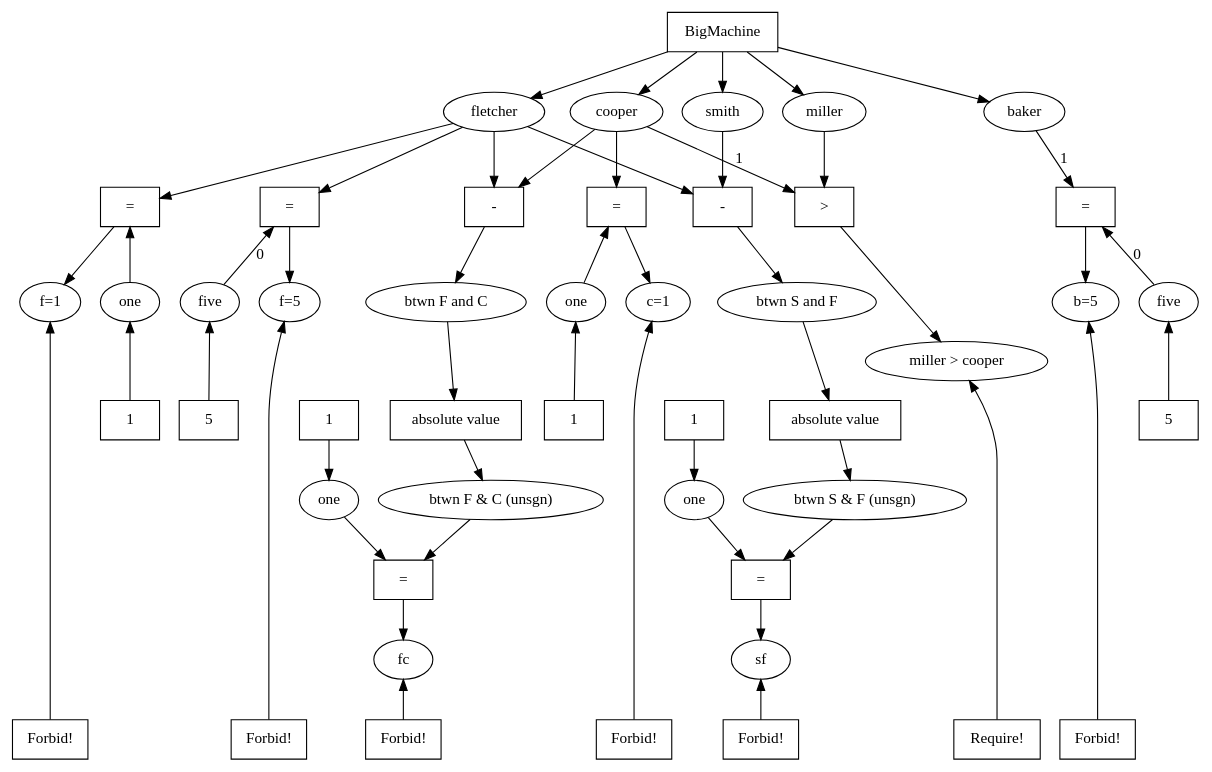
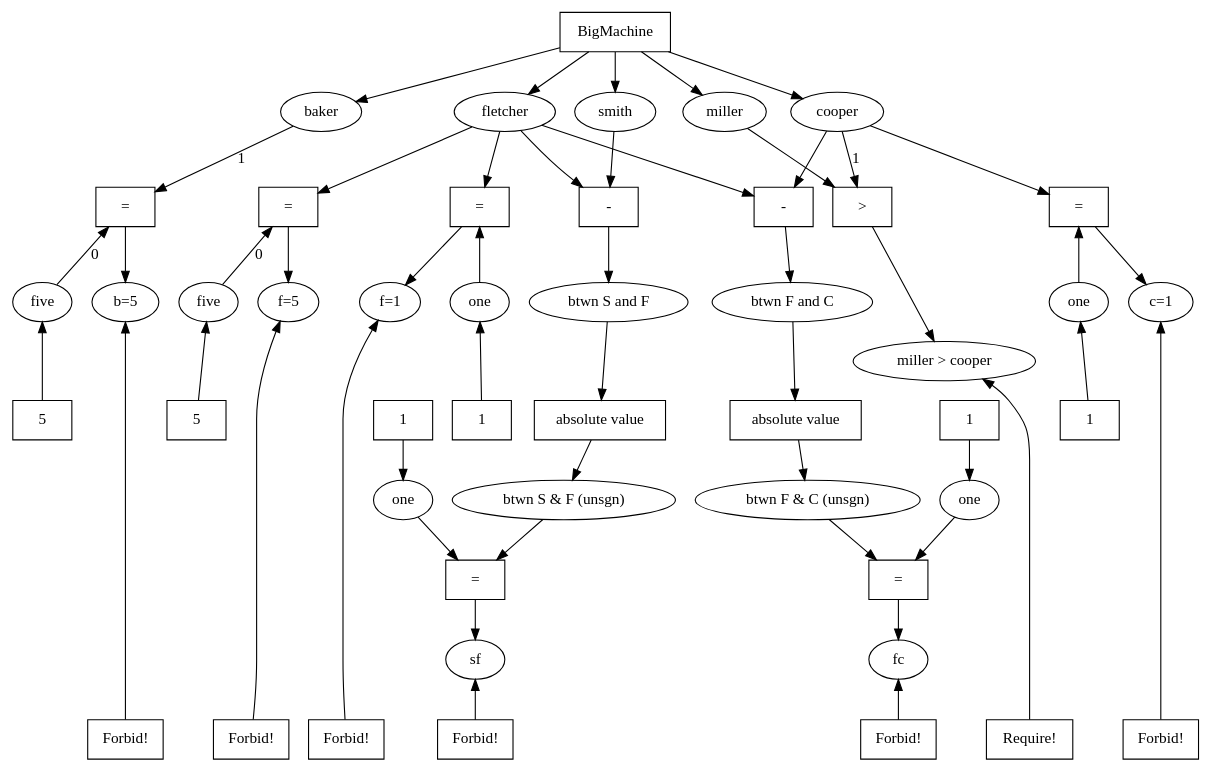
The diagram in explorations/graphics/mdonemachine.dot (ProjectMAC/propagators), drawn with Graphviz before and after one commit.

Commit message:
again a decent layout

```diff
--- a/explorations/graphics/mdonemachine.dot
+++ b/explorations/graphics/mdonemachine.dot
@@ -1,121 +1,121 @@
 digraph G {
   ratio=fill;
+  "(variable) 11" [label="baker", shape="ellipse", rank="people" ];
   "(variable) 15" [label="fletcher", shape="ellipse", rank="people" ];
   "(variable) 21" [label="smith", shape="ellipse", rank="people" ];
-  "(variable) 11" [label="baker", shape="ellipse", rank="people" ];
   "(variable) 19" [label="miller", shape="ellipse", rank="people" ];
   "(variable) 17" [label="cooper", shape="ellipse", rank="people" ];
 
 
   "(propagator) 12" [label="=", shape="box" ];
-   { rank=same; "(propagator) 12"; "(propagator) 34"; "(propagator) 37"; "(propagator) 14"; "(propagator) 18";  };
+   { rank=same; "(propagator) 12"; "(propagator) 14"; "(propagator) 18"; "(propagator) 34"; "(propagator) 37"; "(propagator) 16";  };
    { rank=same; "(variable) 130"; "(variable) 131"; "(variable) 238"; "(variable) 241" }; 
    { rank=same; "(propagator) 240"; "(propagator) 241"; "(propagator) 401"; "(propagator) 402"; "(propagator) 403"; };
 
   "(propagator) 240" [label="5", shape="box" ];
   "(variable) 130" -> "(propagator) 240" [label="", dir=back, ];
   "(variable) 130" [label="five", shape="ellipse" ];
   "(propagator) 241" [label="5", shape="box" ];
   "(variable) 131" -> "(propagator) 241" [label="", dir=back, ];
   "(variable) 131" [label="five", shape="ellipse" ];
 
   "(variable) 130" -> "(propagator) 12" [label=0 ];
   "(variable) 131" -> "(propagator) 14" [label=0 ];
 
   "(propagator) 18" [label=">", shape="box" ];
   "(variable) 19" -> "(propagator) 18" [label="" ];
   "(variable) 17" -> "(propagator) 18" [label=1 ];
   "(propagator) 18" -> "(variable) 145" [label="" ];
   "(variable) 145" [label="miller > cooper", shape="ellipse" ];
   "(propagator) 146" [label="Require!", shape="box" ];
   "(propagator) 146" -> "(variable) 145" [label="" ];
 
 
 
   "(propagator) 14" [label="=", shape="box" ];
   "(variable) 15" -> "(propagator) 14" [label="" ];
   "(propagator) 16" [label="-", shape="box" ];
   "(variable) 15" -> "(propagator) 16" [label="" ];
   "(variable) 17" -> "(propagator) 16" [label="" ];
    { rank=same; "(variable) 11"; "(variable) 15"; "(variable) 17"; "(variable) 19"; "(variable) 21" }; 
   "(propagator) 22" [label="-", shape="box" ];
   "(variable) 21" -> "(propagator) 22" [label="" ];
   "(variable) 15" -> "(propagator) 22" [label="" ];
   "(propagator) 22" -> "(variable) 23" [label="" ];
   "(variable) 23" [label="btwn S and F", shape="ellipse" ];
   "(propagator) 24" [label="absolute value", shape="box" ];
   "(variable) 23" -> "(propagator) 24" [label="" ];
   "(propagator) 24" -> "(variable) 25" [label="" ];
   "(variable) 25" [label="btwn S & F (unsgn)", shape="ellipse" ];
   "(propagator) 26" [label="=", shape="box" ];
   "(variable) 207" -> "(propagator) 26" [label="" ];
    { rank=same; "(variable) 209"; "(variable) 210"; "(variable) 35"; "(variable) 38" }; 
 
   "(propagator) 400" [label="1", shape="box" ];
   "(propagator) 400" -> "(variable) 207" [label="" ];
   "(variable) 207" [label="one", shape="ellipse" ];
   "(propagator) 401" [label="1", shape="box" ];
   "(propagator) 401" -> "(variable) 208" [label="" ];
   "(variable) 208" [label="one", shape="ellipse" ];
   "(propagator) 402" [label="1", shape="box" ];
    "(variable) 209" -> "(propagator) 402" [label="", dir=back, ];
   "(variable) 209" [label="one", shape="ellipse" ];
   "(propagator) 403" [label="1", shape="box" ];
   "(variable) 210" -> "(propagator) 403"  [label="", dir=back ];
   "(variable) 210" [label="one", shape="ellipse" ];
 
   "(propagator) 28" [label="=", shape="box" ];
   "(variable) 208" -> "(propagator) 28" [label="" ];
   "(variable) 29" -> "(propagator) 28" [label="" ];
   "(variable) 29" [label="btwn F & C (unsgn)", shape="ellipse" ];
   "(propagator) 30" [label="absolute value", shape="box" ];
   "(variable) 31" -> "(propagator) 30" [label="" ];
   "(variable) 31" [label="btwn F and C", shape="ellipse" ];
   "(propagator) 30" -> "(variable) 29" [label="" ];
   "(propagator) 28" -> "(variable) 32" [label="" ];
   "(variable) 32" [label="fc", shape="ellipse" ];
    { rank=max; "(propagator) 33"; "(propagator) 36"; "(propagator) 39"; "(propagator) 42"; "(propagator) 146"; "(propagator) 239"; "(propagator) 242" };
   "(propagator) 33" [label="Forbid!", shape="box", rank="forbid" ];
   "(propagator) 33" -> "(variable) 32" [label="" ];
   "(variable) 15" -> "(propagator) 34" [label="" ];
 
 subgraph cluster_0 {
                 label = "f_one";	
   "(propagator) 34" [label="=", shape="box" ];
   "(variable) 209" -> "(propagator) 34" [label="" ];
   "(propagator) 34" -> "(variable) 35" [label="" ];
   "(variable) 35" [label="f=1", shape="ellipse" ];
   "(propagator) 36" [label="Forbid!", shape="box", rank="forbid" ];
   "(propagator) 36" -> "(variable) 35" [label="" ];
 	}
   "(propagator) 37" [label="=", shape="box" ];
   "(variable) 210" -> "(propagator) 37" [label="" ];
   "(variable) 17" -> "(propagator) 37" [label="" ];
   "(propagator) 37" -> "(variable) 38" [label="" ];
   "(variable) 38" [label="c=1", shape="ellipse" ];
   "(propagator) 39" [label="Forbid!", shape="box", rank="forbid" ];
   "(propagator) 39" -> "(variable) 38" [label="" ];
   "(variable) 25" -> "(propagator) 26" [label="" ];
   "(propagator) 26" -> "(variable) 41" [label="" ];
   "(variable) 41" [label="sf", shape="ellipse" ];
   "(propagator) 42" [label="Forbid!", shape="box", rank="forbid" ];
   "(propagator) 42" -> "(variable) 41" [label="" ];
 
   "(propagator) 57" [label="BigMachine", shape="box" ];
   "(propagator) 57" -> "(variable) 21" [label="" ];
   "(propagator) 57" -> "(variable) 19" [label="" ];
   "(propagator) 57" -> "(variable) 17" [label="" ];
   "(propagator) 57" -> "(variable) 15" [label="" ];
   "(propagator) 57" -> "(variable) 11" [label="" ];
 
   "(propagator) 16" -> "(variable) 31" [label="" ];
   "(propagator) 14" -> "(variable) 238" [label="" ];
   "(variable) 238" [label="f=5", shape="ellipse" ];
   "(propagator) 239" [label="Forbid!", shape="box", rank="forbid" ];
   "(propagator) 239" -> "(variable) 238" [label="" ];
   "(variable) 11" -> "(propagator) 12" [label=1 ];
   "(propagator) 12" -> "(variable) 241" [label="" ];
   "(variable) 241" [label="b=5", shape="ellipse" ];
   "(propagator) 242" [label="Forbid!", shape="box", rank="forbid" ];
   "(propagator) 242" -> "(variable) 241" [label="" ];
 }
```
